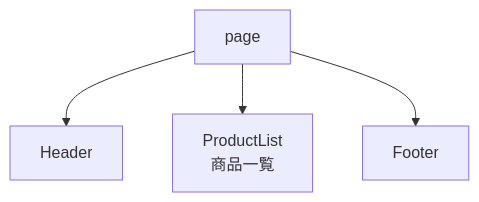
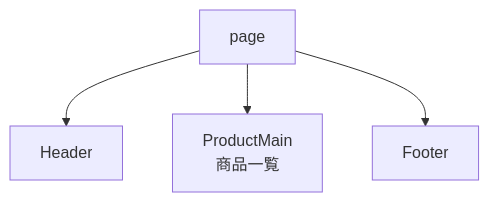
One commit to ot-nemoto/full-stack-web-development-frontend changed the first of 4 diagrams in README.md. Above: the diagram before and after it, drawn with Mermaid. The commit also changed other lines of this file and 12 other files, not shown here.

````diff
--- a/README.md
+++ b/README.md
@@ -132,7 +132,7 @@
 ```mermaid
 graph TD;
   page --> Header
-  page --> ProductList[ProductList<br>商品一覧]
+  page --> ProductMain[ProductMain<br>商品一覧]
   page --> Footer
 
 ```
````
